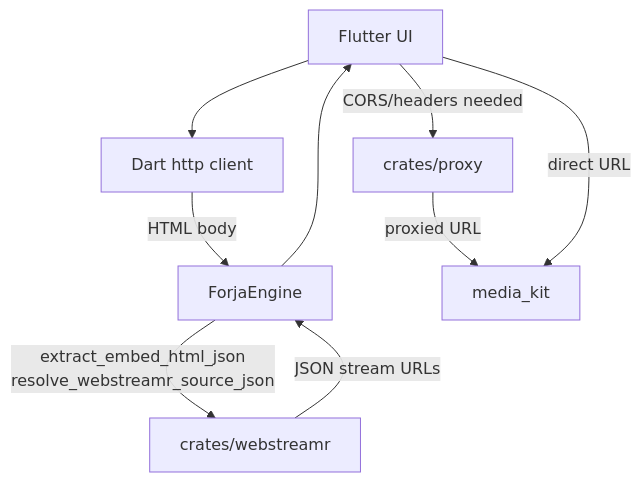
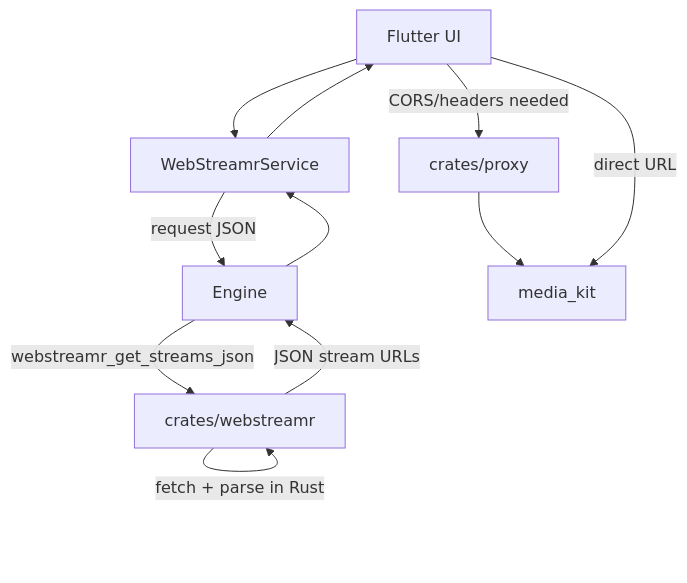
The fifth of 7 diagrams in docs/ARCHITECTURE.md (mGhassen/Forja), drawn with Mermaid before and after one commit. The commit also changed other lines of this file and 81 other files, not shown here.

Commit message:
refactor: Rename ForjaEngine and ForjaRust references to Engine and RustLib across the codebase; update related documentation and build scripts for consistency in FFI integration and mobile builds

````diff
--- a/docs/ARCHITECTURE.md
+++ b/docs/ARCHITECTURE.md
@@ -311,18 +313,20 @@
 ```mermaid
 flowchart TD
   UI[Flutter UI]
-  HTTP[Dart http client]
-  FE[ForjaEngine]
+  WSS[WebStreamrService]
+  FE[Engine]
   WS[crates/webstreamr]
   PRX[crates/proxy]
   MK[media_kit]
 
-  UI --> HTTP
-  HTTP -->|HTML body| FE
-  FE -->|extract_embed_html_json\nresolve_webstreamr_source_json| WS
+  UI --> WSS
+  WSS -->|request JSON| FE
+  FE -->|webstreamr_get_streams_json| WS
+  WS -->|fetch + parse in Rust| WS
   WS -->|JSON stream URLs| FE
-  FE --> UI
+  FE --> WSS
+  WSS --> UI
   UI -->|CORS/headers needed| PRX
-  PRX -->|proxied URL| MK
+  PRX --> MK
   UI -->|direct URL| MK
 ```
````
